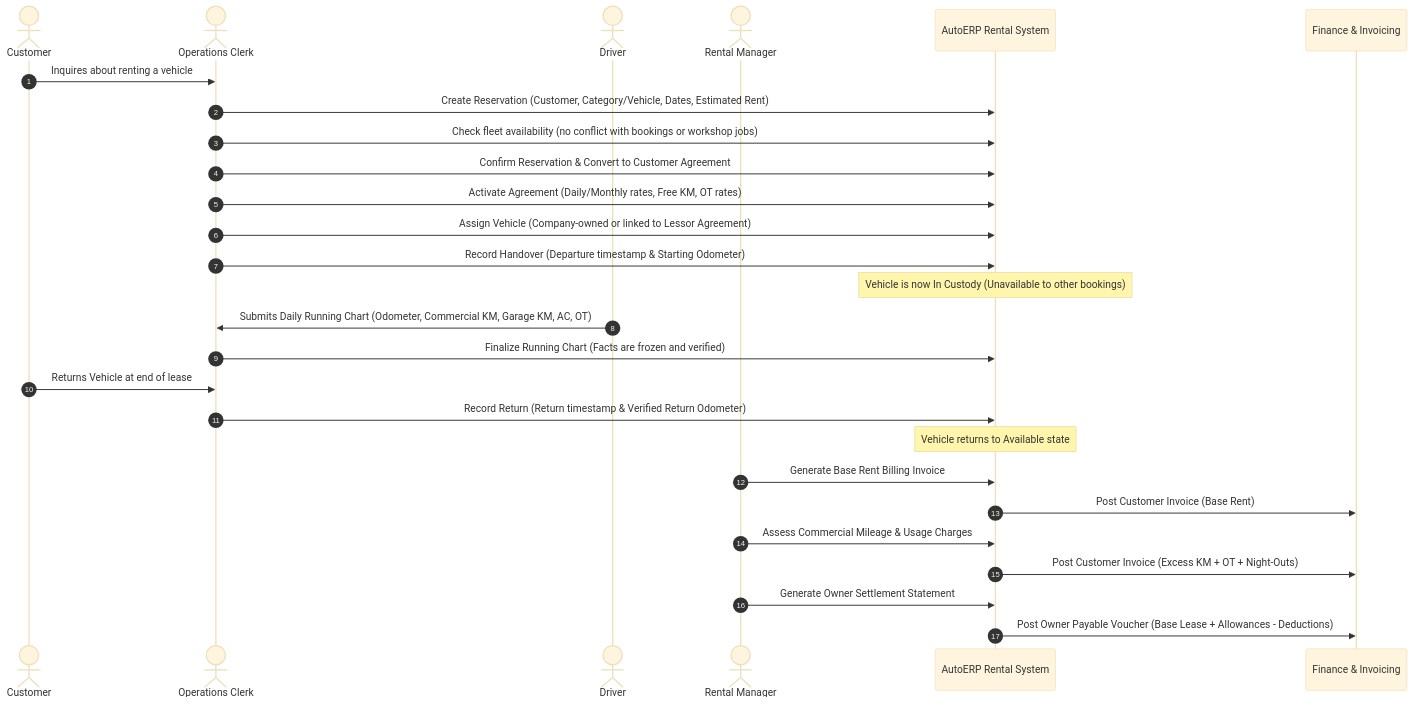
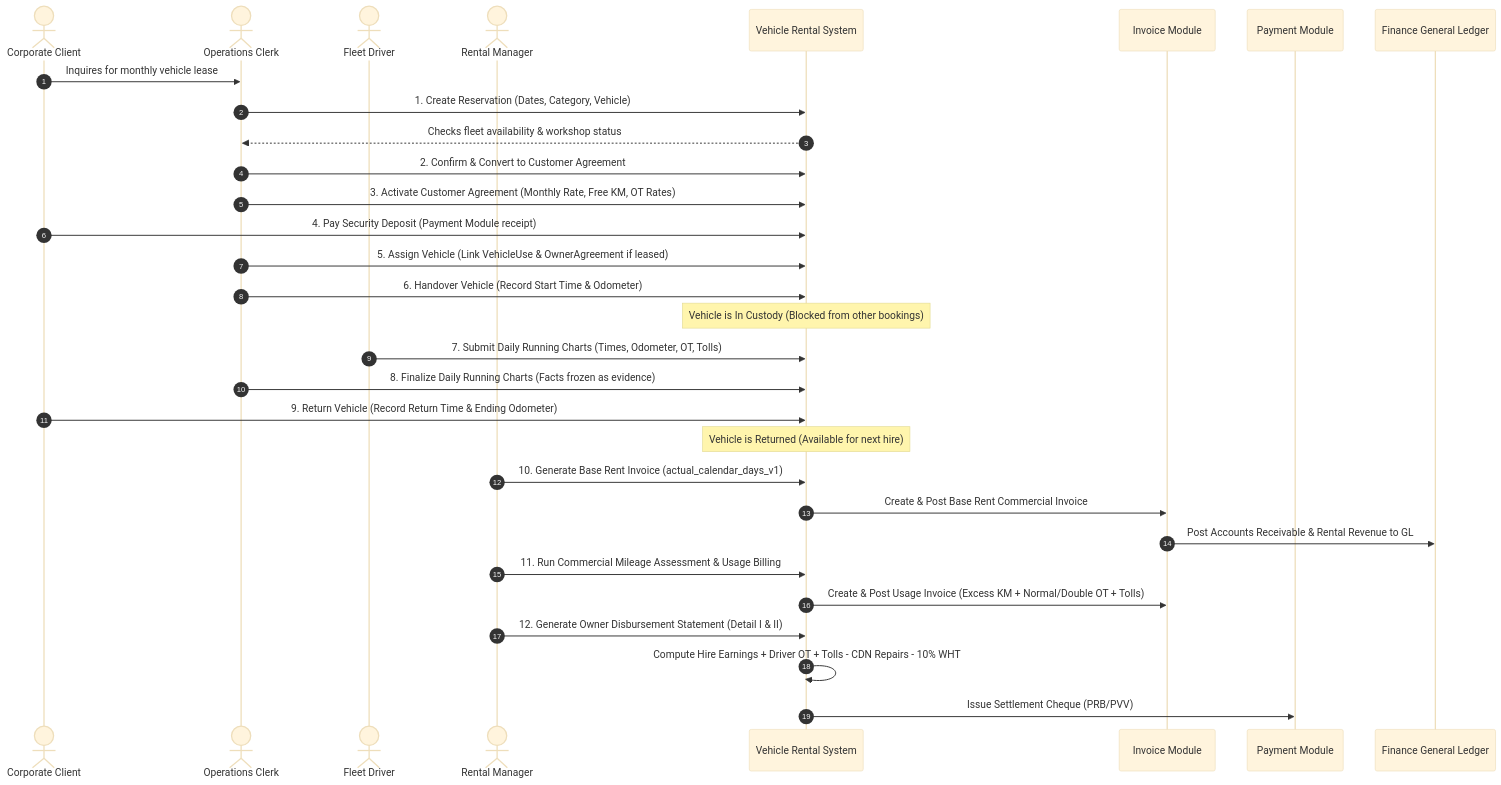
Before and after one commit to kasunvimarshana/AutoERP: the second of 8 diagrams in docs/VEHICLE_RENTAL_GUIDE.md, drawn with Mermaid (base theme). The commit also changed other lines of this file and 1 other file, not shown here.

Commit message:
docs: upgrade complete technical and operational guide for vehicle rental module

````diff
--- a/docs/VEHICLE_RENTAL_GUIDE.md
+++ b/docs/VEHICLE_RENTAL_GUIDE.md
@@ -131,30 +110,34 @@
 ```mermaid
 sequenceDiagram
     autonumber
-    actor Client as Customer
+    actor Customer as Corporate Client
     actor Clerk as Operations Clerk
-    actor Driver as Driver
-    actor Mgr as Rental Manager
-    participant Sys as AutoERP Rental System
-    participant FinSys as Finance & Invoicing
+    actor Driver as Fleet Driver
+    actor Manager as Rental Manager
+    participant App as Vehicle Rental System
+    participant Inv as Invoice Module
+    participant Pay as Payment Module
+    participant Fin as Finance General Ledger
 
-    Client->>Clerk: Inquires about renting a vehicle
-    Clerk->>Sys: Create Reservation (Customer, Category/Vehicle, Dates, Estimated Rent)
-    Clerk->>Sys: Check fleet availability (no conflict with bookings or workshop jobs)
-    Clerk->>Sys: Confirm Reservation & Convert to Customer Agreement
-    Clerk->>Sys: Activate Agreement (Daily/Monthly rates, Free KM, OT rates)
-    Clerk->>Sys: Assign Vehicle (Company-owned or linked to Lessor Agreement)
-    Clerk->>Sys: Record Handover (Departure timestamp & Starting Odometer)
-    Note over Sys: Vehicle is now In Custody (Unavailable to other bookings)
-    Driver->>Clerk: Submits Daily Running Chart (Odometer, Commercial KM, Garage KM, AC, OT)
-    Clerk->>Sys: Finalize Running Chart (Facts are frozen and verified)
-    Client->>Clerk: Returns Vehicle at end of lease
-    Clerk->>Sys: Record Return (Return timestamp & Verified Return Odometer)
-    Note over Sys: Vehicle returns to Available state
-    Mgr->>Sys: Generate Base Rent Billing Invoice
-    Sys->>FinSys: Post Customer Invoice (Base Rent)
-    Mgr->>Sys: Assess Commercial Mileage & Usage Charges
-    Sys->>FinSys: Post Customer Invoice (Excess KM + OT + Night-Outs)
-    Mgr->>Sys: Generate Owner Settlement Statement
-    Sys->>FinSys: Post Owner Payable Voucher (Base Lease + Allowances - Deductions)
+    Customer->>Clerk: Inquires for monthly vehicle lease
+    Clerk->>App: 1. Create Reservation (Dates, Category, Vehicle)
+    App-->>Clerk: Checks fleet availability & workshop status
+    Clerk->>App: 2. Confirm & Convert to Customer Agreement
+    Clerk->>App: 3. Activate Customer Agreement (Monthly Rate, Free KM, OT Rates)
+    Customer->>App: 4. Pay Security Deposit (Payment Module receipt)
+    Clerk->>App: 5. Assign Vehicle (Link VehicleUse & OwnerAgreement if leased)
+    Clerk->>App: 6. Handover Vehicle (Record Start Time & Odometer)
+    Note over App: Vehicle is In Custody (Blocked from other bookings)
+    Driver->>App: 7. Submit Daily Running Charts (Times, Odometer, OT, Tolls)
+    Clerk->>App: 8. Finalize Daily Running Charts (Facts frozen as evidence)
+    Customer->>App: 9. Return Vehicle (Record Return Time & Ending Odometer)
+    Note over App: Vehicle is Returned (Available for next hire)
+    Manager->>App: 10. Generate Base Rent Invoice (actual_calendar_days_v1)
+    App->>Inv: Create & Post Base Rent Commercial Invoice
+    Inv->>Fin: Post Accounts Receivable & Rental Revenue to GL
+    Manager->>App: 11. Run Commercial Mileage Assessment & Usage Billing
+    App->>Inv: Create & Post Usage Invoice (Excess KM + Normal/Double OT + Tolls)
+    Manager->>App: 12. Generate Owner Disbursement Statement (Detail I & II)
+    App->>App: Compute Hire Earnings + Driver OT + Tolls - CDN Repairs - 10% WHT
+    App->>Pay: Issue Settlement Cheque (PRB/PVV)
 ```
````
